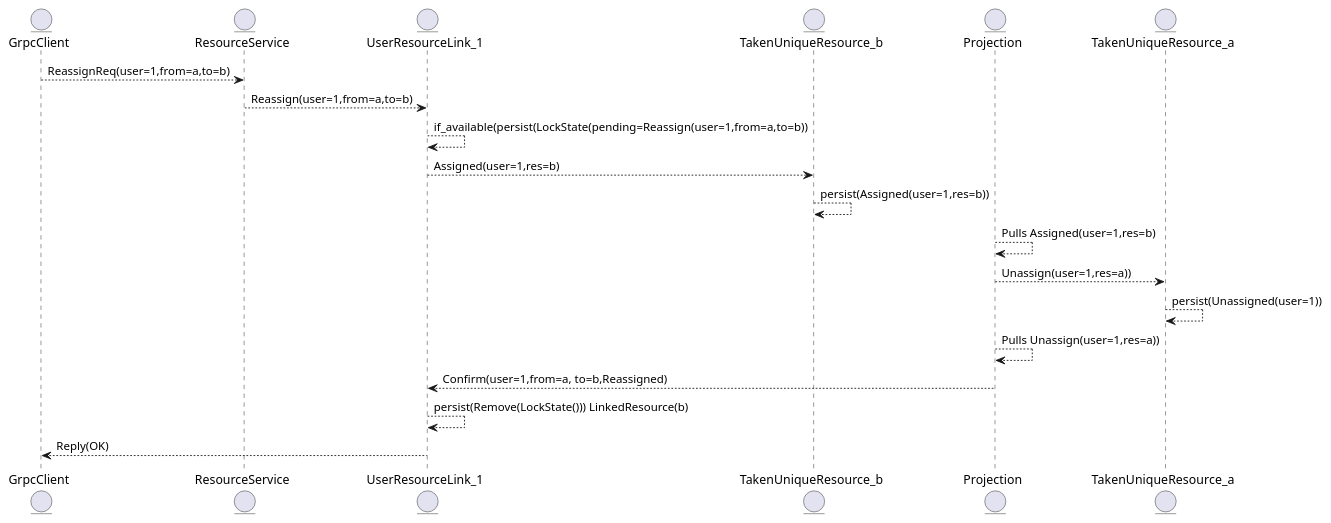
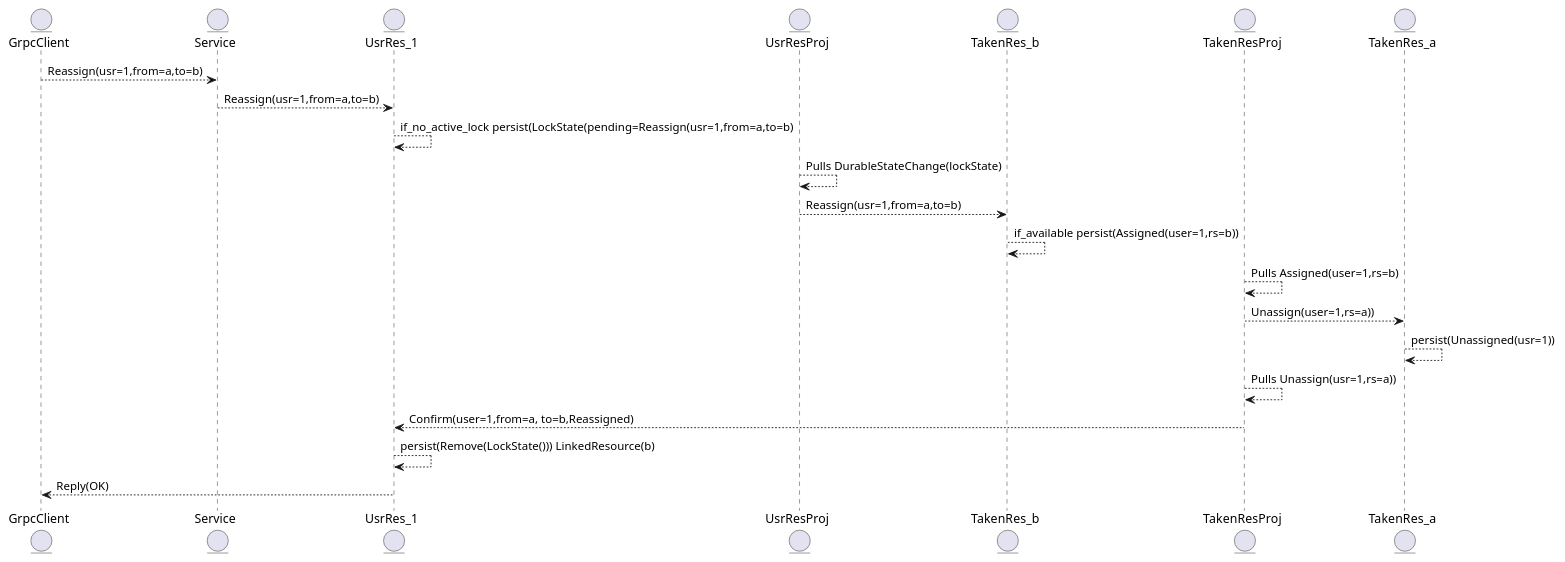
One commit to haghard/unique-resource-management changed the second of 2 diagrams in diagrams.md. Above: the diagram before and after it, drawn with PlantUML. The commit also changed other lines of this file and 15 other files, not shown here.

````diff
--- a/diagrams.md
+++ b/diagrams.md
@@ -38,33 +40,39 @@
 ```plantuml
 @startuml
 
 entity GrpcClient
 
-entity ResourceService
+entity Service
 
-entity UserResourceLink_1
+entity UsrRes_1
 
-entity TakenUniqueResource_b
+entity UsrResProj
 
-entity Projection
+entity TakenRes_b
 
-entity TakenUniqueResource_a
+entity TakenResProj
+
+entity TakenRes_a
 
 
-GrpcClient --> ResourceService: ReassignReq(user=1,from=a,to=b)
-ResourceService --> UserResourceLink_1: Reassign(user=1,from=a,to=b)
-UserResourceLink_1 --> UserResourceLink_1: if_available(persist(LockState(pending=Reassign(user=1,from=a,to=b))
-UserResourceLink_1 --> TakenUniqueResource_b: Assigned(user=1,res=b)
-TakenUniqueResource_b --> TakenUniqueResource_b: persist(Assigned(user=1,res=b))
+GrpcClient --> Service: Reassign(usr=1,from=a,to=b)
+Service --> UsrRes_1: Reassign(usr=1,from=a,to=b)
+UsrRes_1 --> UsrRes_1: if_no_active_lock persist(LockState(pending=Reassign(usr=1,from=a,to=b)
 
-Projection --> Projection: Pulls Assigned(user=1,res=b)  
-Projection --> TakenUniqueResource_a:  Unassign(user=1,res=a))
-TakenUniqueResource_a --> TakenUniqueResource_a : persist(Unassigned(user=1))
+UsrResProj --> UsrResProj: Pulls DurableStateChange(lockState)
 
-Projection --> Projection: Pulls Unassign(user=1,res=a))
-Projection --> UserResourceLink_1: Confirm(user=1,from=a, to=b,Reassigned) 
-UserResourceLink_1 --> UserResourceLink_1: persist(Remove(LockState())) LinkedResource(b)
-UserResourceLink_1 --> GrpcClient : Reply(OK)
+UsrResProj --> TakenRes_b: Reassign(usr=1,from=a,to=b)  
+
+TakenRes_b --> TakenRes_b: if_available persist(Assigned(user=1,rs=b))
+
+TakenResProj --> TakenResProj: Pulls Assigned(user=1,rs=b)  
+TakenResProj --> TakenRes_a: Unassign(user=1,rs=a))
+TakenRes_a --> TakenRes_a: persist(Unassigned(usr=1))
+
+TakenResProj --> TakenResProj: Pulls Unassign(usr=1,rs=a))
+TakenResProj --> UsrRes_1: Confirm(user=1,from=a, to=b,Reassigned) 
+UsrRes_1 --> UsrRes_1: persist(Remove(LockState())) LinkedResource(b)
+UsrRes_1 --> GrpcClient : Reply(OK)
 
 @enduml
 ```
````
